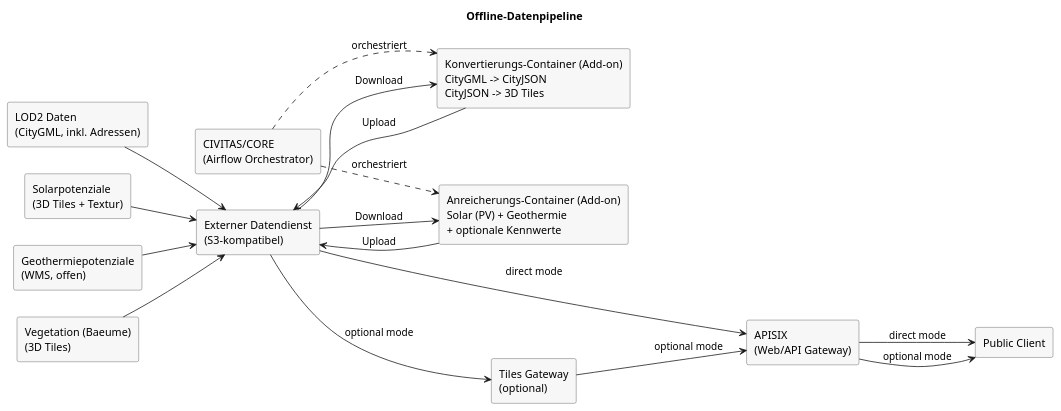
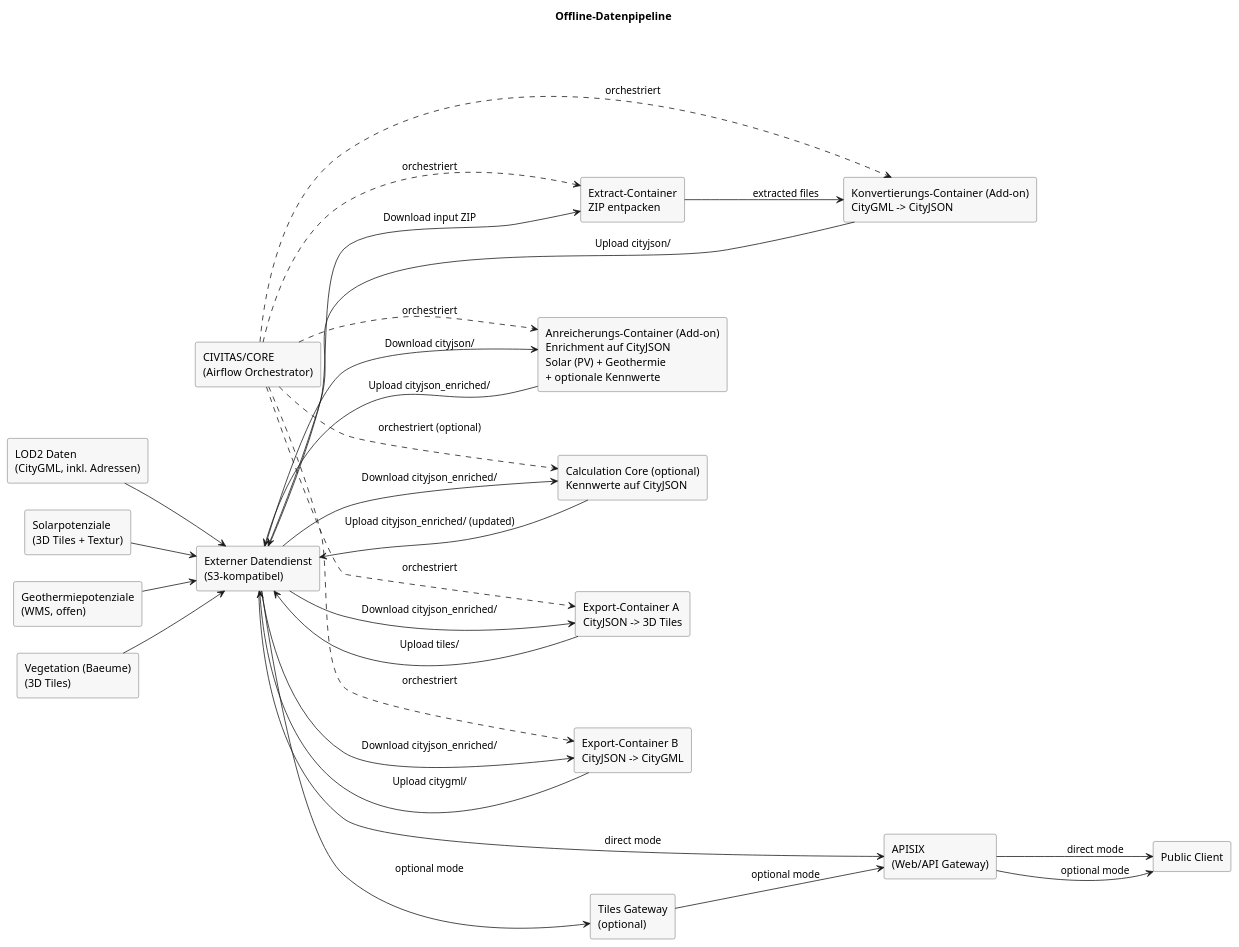
Before and after one commit to csi-FOXBYTE/Regensburg_DigitalerEnergieZwilling_Backend: the diagram in docs/architecture/raw/offline-data-pipeline.puml, drawn with PlantUML. The commit also changed 11 other files, not shown here.

```diff
--- a/docs/architecture/raw/offline-data-pipeline.puml
+++ b/docs/architecture/raw/offline-data-pipeline.puml
@@ -1,42 +1,57 @@
 @startuml
 left to right direction
 skinparam rectangle {
   BackgroundColor #F7F7F7
   BorderColor #444444
 }
 
 title Offline-Datenpipeline
 
 rectangle "LOD2 Daten\n(CityGML, inkl. Adressen)" as lod2
 rectangle "Solarpotenziale\n(3D Tiles + Textur)" as solar
 rectangle "Geothermiepotenziale\n(WMS, offen)" as geo
 rectangle "Vegetation (Baeume)\n(3D Tiles)" as trees
 
 rectangle "Externer Datendienst\n(S3-kompatibel)" as s3
 rectangle "CIVITAS/CORE\n(Airflow Orchestrator)" as airflow
-rectangle "Konvertierungs-Container (Add-on)\nCityGML -> CityJSON\nCityJSON -> 3D Tiles" as convert
-rectangle "Anreicherungs-Container (Add-on)\nSolar (PV) + Geothermie\n+ optionale Kennwerte" as enrich
+rectangle "Extract-Container\nZIP entpacken" as extract
+rectangle "Konvertierungs-Container (Add-on)\nCityGML -> CityJSON" as convert
+rectangle "Anreicherungs-Container (Add-on)\nEnrichment auf CityJSON\nSolar (PV) + Geothermie\n+ optionale Kennwerte" as enrich
+rectangle "Calculation Core (optional)\nKennwerte auf CityJSON" as calc
+rectangle "Export-Container A\nCityJSON -> 3D Tiles" as export_tiles
+rectangle "Export-Container B\nCityJSON -> CityGML" as export_gml
 
 rectangle "APISIX\n(Web/API Gateway)" as apisix
 rectangle "Tiles Gateway\n(optional)" as gw
 rectangle "Public Client" as client
 
 lod2 --> s3
 solar --> s3
 geo --> s3
 trees --> s3
 
 airflow ..> convert : orchestriert
+airflow ..> extract : orchestriert
 airflow ..> enrich : orchestriert
-s3 --> convert : Download
-convert --> s3 : Upload
-s3 --> enrich : Download
-enrich --> s3 : Upload
+airflow ..> calc : orchestriert (optional)
+airflow ..> export_tiles : orchestriert
+airflow ..> export_gml : orchestriert
+s3 --> extract : Download input ZIP
+extract --> convert : extracted files
+convert --> s3 : Upload cityjson/
+s3 --> enrich : Download cityjson/
+enrich --> s3 : Upload cityjson_enriched/
+s3 --> calc : Download cityjson_enriched/
+calc --> s3 : Upload cityjson_enriched/ (updated)
+s3 --> export_tiles : Download cityjson_enriched/
+export_tiles --> s3 : Upload tiles/
+s3 --> export_gml : Download cityjson_enriched/
+export_gml --> s3 : Upload citygml/
 
 s3 --> apisix : direct mode
 apisix --> client : direct mode
 s3 --> gw : optional mode
 gw --> apisix : optional mode
 apisix --> client : optional mode
 
 @enduml
```
